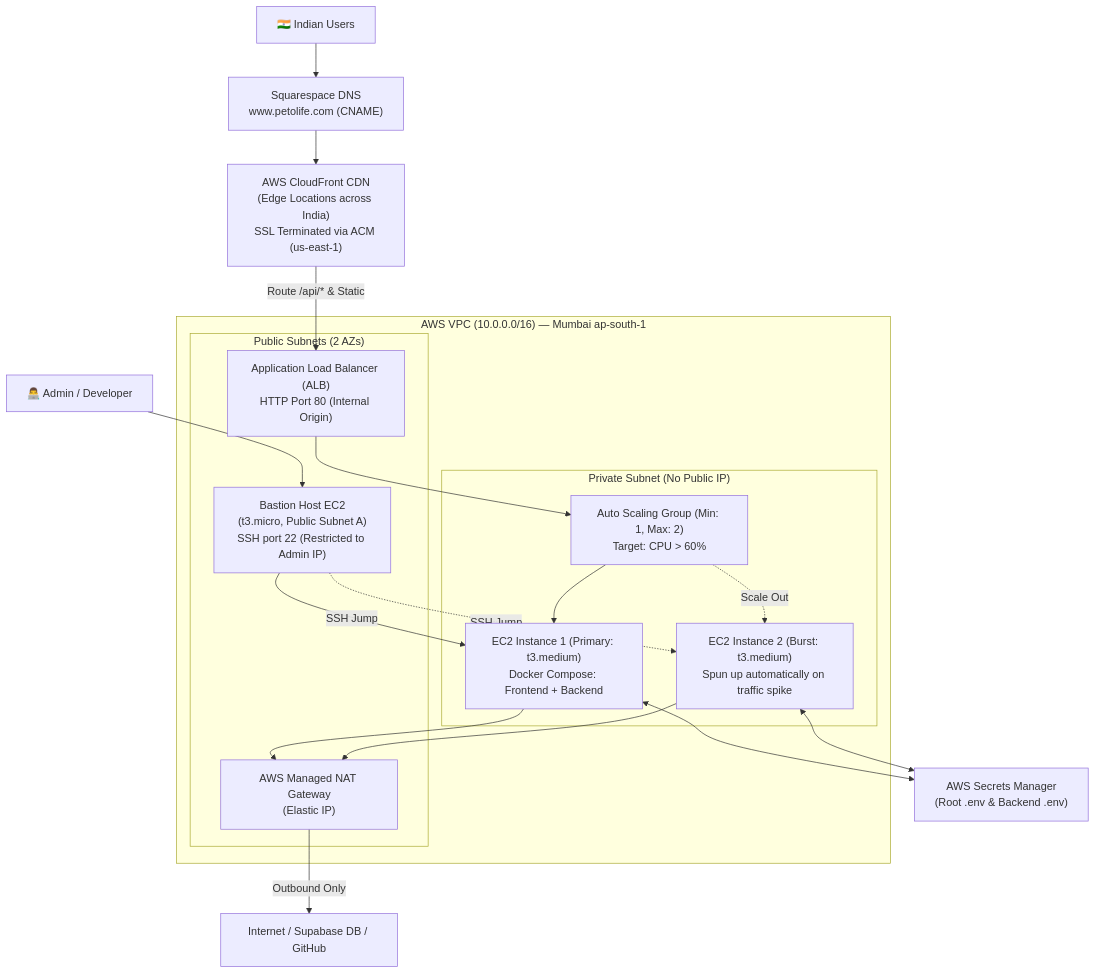
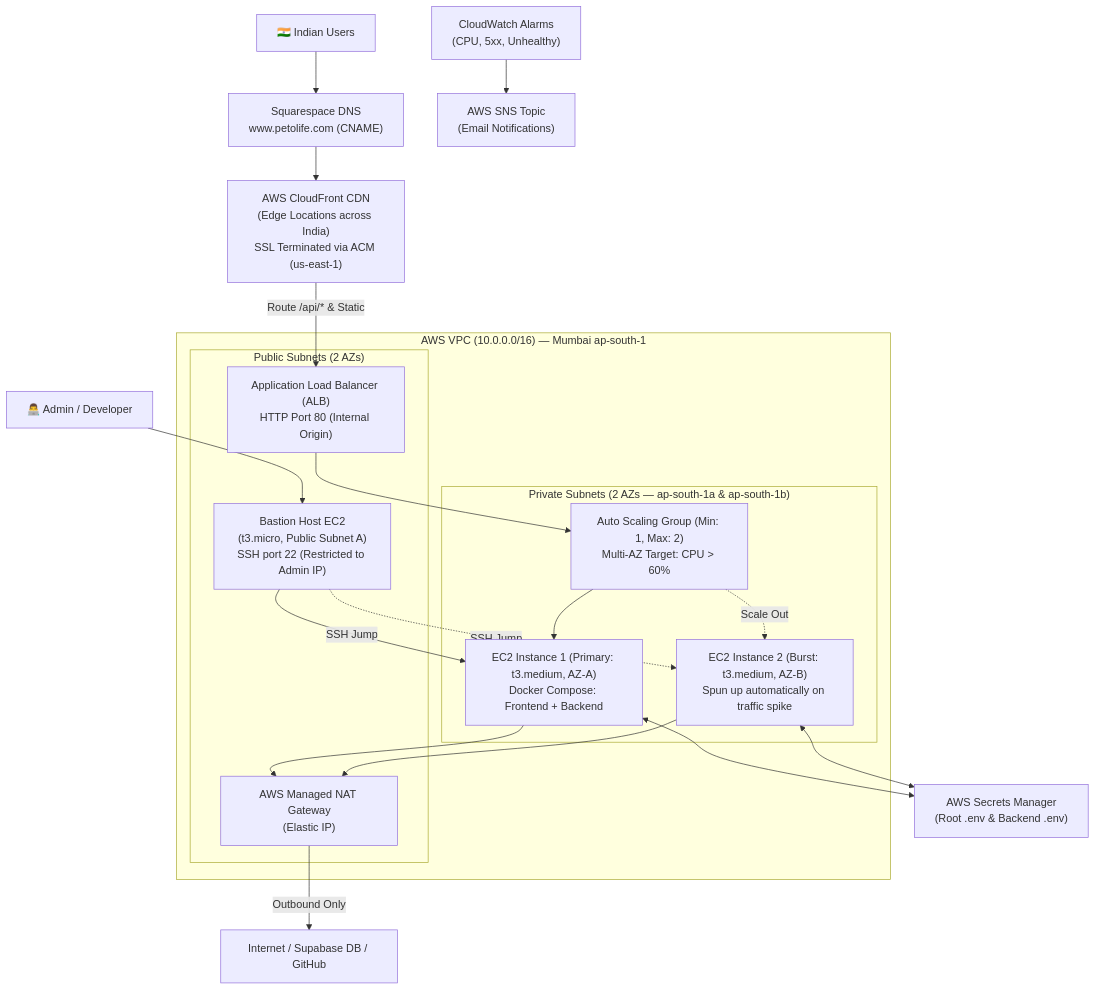
The diagram in infra/aws_deploy_guide.md (JannathBarveenR/blogreact), drawn with Mermaid before and after one commit. The commit also changed other lines of this file and 1 other file, not shown here.

Commit message:
added 2 private subnets with route and email alert for alarms (#22)

````diff
--- a/infra/aws_deploy_guide.md
+++ b/infra/aws_deploy_guide.md
@@ -9,36 +9,38 @@
 ```mermaid
 graph TB
     User["🇮🇳 Indian Users"] --> SS["Squarespace DNS<br/>www.petolife.com (CNAME)"]
     SS --> CF["AWS CloudFront CDN<br/>(Edge Locations across India)<br/>SSL Terminated via ACM (us-east-1)"]
     
     Admin["👨‍💻 Admin / Developer"] --> Bastion["Bastion Host EC2<br/>(t3.micro, Public Subnet A)<br/>SSH port 22 (Restricted to Admin IP)"]
 
     subgraph AWS VPC ["AWS VPC (10.0.0.0/16) — Mumbai ap-south-1"]
         subgraph PublicSubnets ["Public Subnets (2 AZs)"]
             ALB["Application Load Balancer (ALB)<br/>HTTP Port 80 (Internal Origin)"]
             Bastion
             NAT["AWS Managed NAT Gateway<br/>(Elastic IP)"]
         end
 
-        subgraph PrivateSubnet ["Private Subnet (No Public IP)"]
-            ASG["Auto Scaling Group (Min: 1, Max: 2)<br/>Target: CPU > 60%"]
-            App1["EC2 Instance 1 (Primary: t3.medium)<br/>Docker Compose: Frontend + Backend"]
-            App2["EC2 Instance 2 (Burst: t3.medium)<br/>Spun up automatically on traffic spike"]
+        subgraph PrivateSubnets ["Private Subnets (2 AZs — ap-south-1a & ap-south-1b)"]
+            ASG["Auto Scaling Group (Min: 1, Max: 2)<br/>Multi-AZ Target: CPU > 60%"]
+            App1["EC2 Instance 1 (Primary: t3.medium, AZ-A)<br/>Docker Compose: Frontend + Backend"]
+            App2["EC2 Instance 2 (Burst: t3.medium, AZ-B)<br/>Spun up automatically on traffic spike"]
         end
     end
 
     CF -->|Route /api/* & Static| ALB
     ALB --> ASG
     ASG --> App1
     ASG -.->|Scale Out| App2
     
     Bastion -->|SSH Jump| App1
     Bastion -.->|SSH Jump| App2
 
     App1 --> NAT
     App2 --> NAT
     NAT -->|Outbound Only| External["Internet / Supabase DB / GitHub"]
 
     App1 <--> SM["AWS Secrets Manager<br/>(Root .env & Backend .env)"]
     App2 <--> SM
+
+    CW["CloudWatch Alarms<br/>(CPU, 5xx, Unhealthy)"] --> SNS["AWS SNS Topic<br/>(Email Notifications)"]
 ```
````
